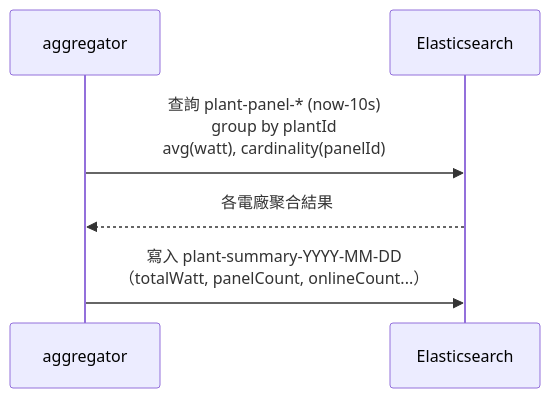
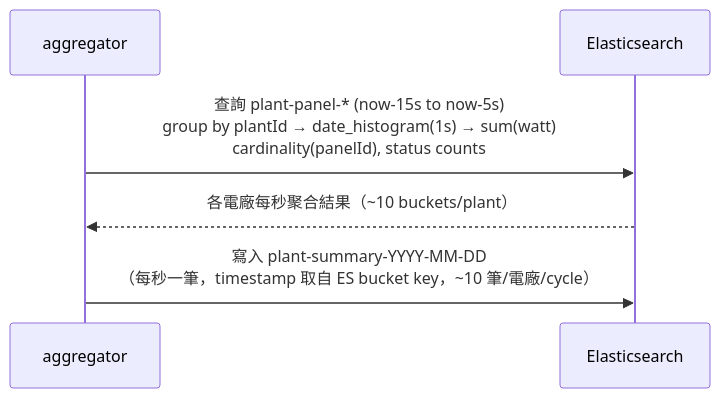
One commit to zclintw/solarops changed the third of 8 diagrams in docs/architecture.md. Above: the diagram before and after it, drawn with Mermaid. The commit also changed other lines of this file and 3 other files, not shown here.

````diff
--- a/docs/architecture.md
+++ b/docs/architecture.md
@@ -130,9 +130,9 @@
 ```mermaid
 sequenceDiagram
     participant AGG as aggregator
     participant ES as Elasticsearch
 
-    AGG->>ES: 查詢 plant-panel-* (now-10s)<br/>group by plantId<br/>avg(watt), cardinality(panelId)
-    ES-->>AGG: 各電廠聚合結果
-    AGG->>ES: 寫入 plant-summary-YYYY-MM-DD<br/>（totalWatt, panelCount, onlineCount...）
+    AGG->>ES: 查詢 plant-panel-* (now-15s to now-5s)<br/>group by plantId → date_histogram(1s) → sum(watt)<br/>cardinality(panelId), status counts
+    ES-->>AGG: 各電廠每秒聚合結果（~10 buckets/plant）
+    AGG->>ES: 寫入 plant-summary-YYYY-MM-DD<br/>（每秒一筆，timestamp 取自 ES bucket key，~10 筆/電廠/cycle）
 ```
````
